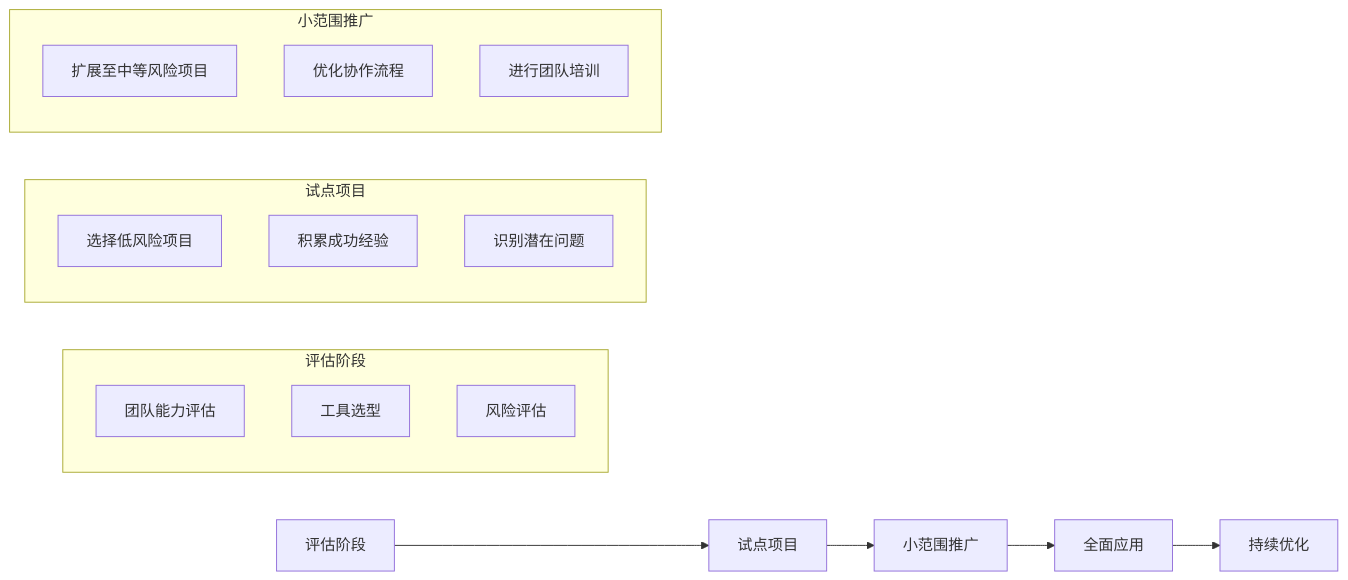
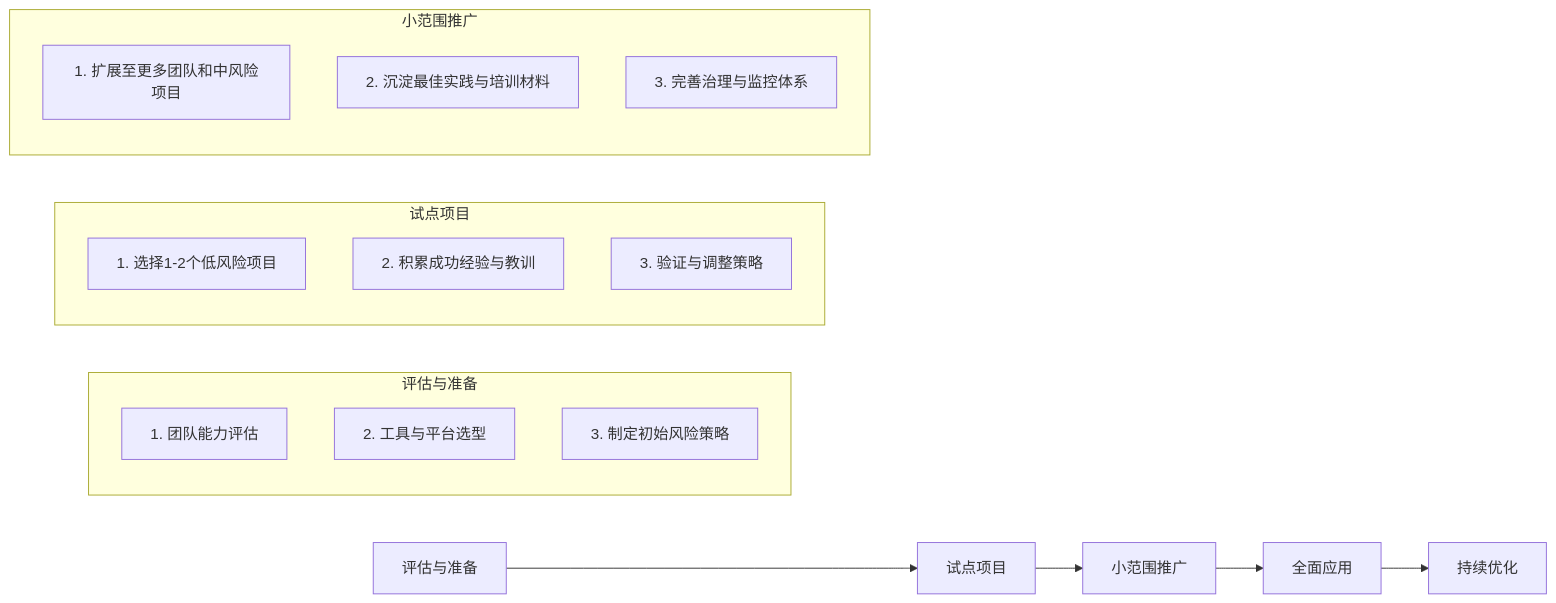
Before and after one commit to imleoo/claude-code-in-teams: the diagram in part5/chapter11/risk-strategies.md, drawn with Mermaid. The commit also changed other lines of this file and 8 other files, not shown here.

````diff
--- a/part5/chapter11/risk-strategies.md
+++ b/part5/chapter11/risk-strategies.md
@@ -213,25 +103,25 @@
 ```mermaid
 graph LR
-    A[评估阶段] --> B[试点项目]
+    A[评估与准备] --> B[试点项目]
     B --> C[小范围推广]
     C --> D[全面应用]
     D --> E[持续优化]
-    
-    subgraph "评估阶段"
-        A1[团队能力评估]
-        A2[工具选型]
-        A3[风险评估]
+
+    subgraph "评估与准备"
+        A1[1. 团队能力评估]
+        A2[2. 工具与平台选型]
+        A3[3. 制定初始风险策略]
     end
-    
+
     subgraph "试点项目"
-        B1[选择低风险项目]
-        B2[积累成功经验]
-        B3[识别潜在问题]
+        B1[1. 选择1-2个低风险项目]
+        B2[2. 积累成功经验与教训]
+        B3[3. 验证与调整策略]
     end
-    
+
     subgraph "小范围推广"
-        C1[扩展至中等风险项目]
-        C2[优化协作流程]
-        C3[进行团队培训]
+        C1[1. 扩展至更多团队和中风险项目]
+        C2[2. 沉淀最佳实践与培训材料]
+        C3[3. 完善治理与监控体系]
     end
 ```
````
